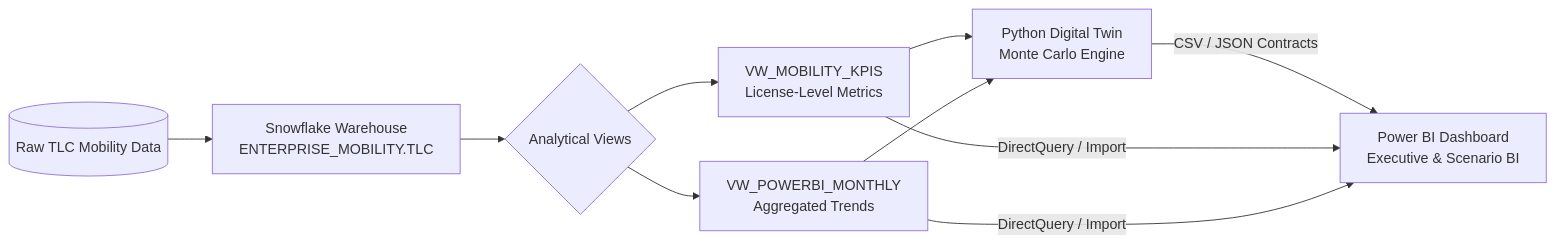
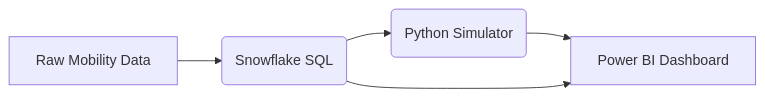
Before and after one commit to gawandeshil03-ops/Urban-Mobility-Intelligence-Digital-Twin-: the diagram in README.md, drawn with Mermaid. The commit also changed other lines of this file, not shown here.

````diff
--- a/README.md
+++ b/README.md
@@ -29,10 +26,7 @@
 ```mermaid
-flowchart LR
-    A[(Raw TLC Mobility Data)] --> B[Snowflake Warehouse\nENTERPRISE_MOBILITY.TLC]
-    B --> C{Analytical Views}
-    C --> D[VW_MOBILITY_KPIS\nLicense-Level Metrics]
-    C --> E[VW_POWERBI_MONTHLY\nAggregated Trends]
-    D & E --> F[Python Digital Twin\nMonte Carlo Engine]
-    F -->|CSV / JSON Contracts| G[Power BI Dashboard\nExecutive & Scenario BI]
-    D & E -->|DirectQuery / Import| G
+graph LR
+    A[Raw Mobility Data] --> B(Snowflake SQL)
+    B --> C(Python Simulator)
+    C --> D[Power BI Dashboard]
+    B --> D
 ```
````
